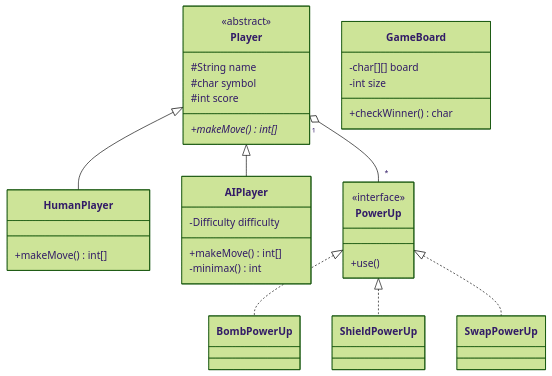
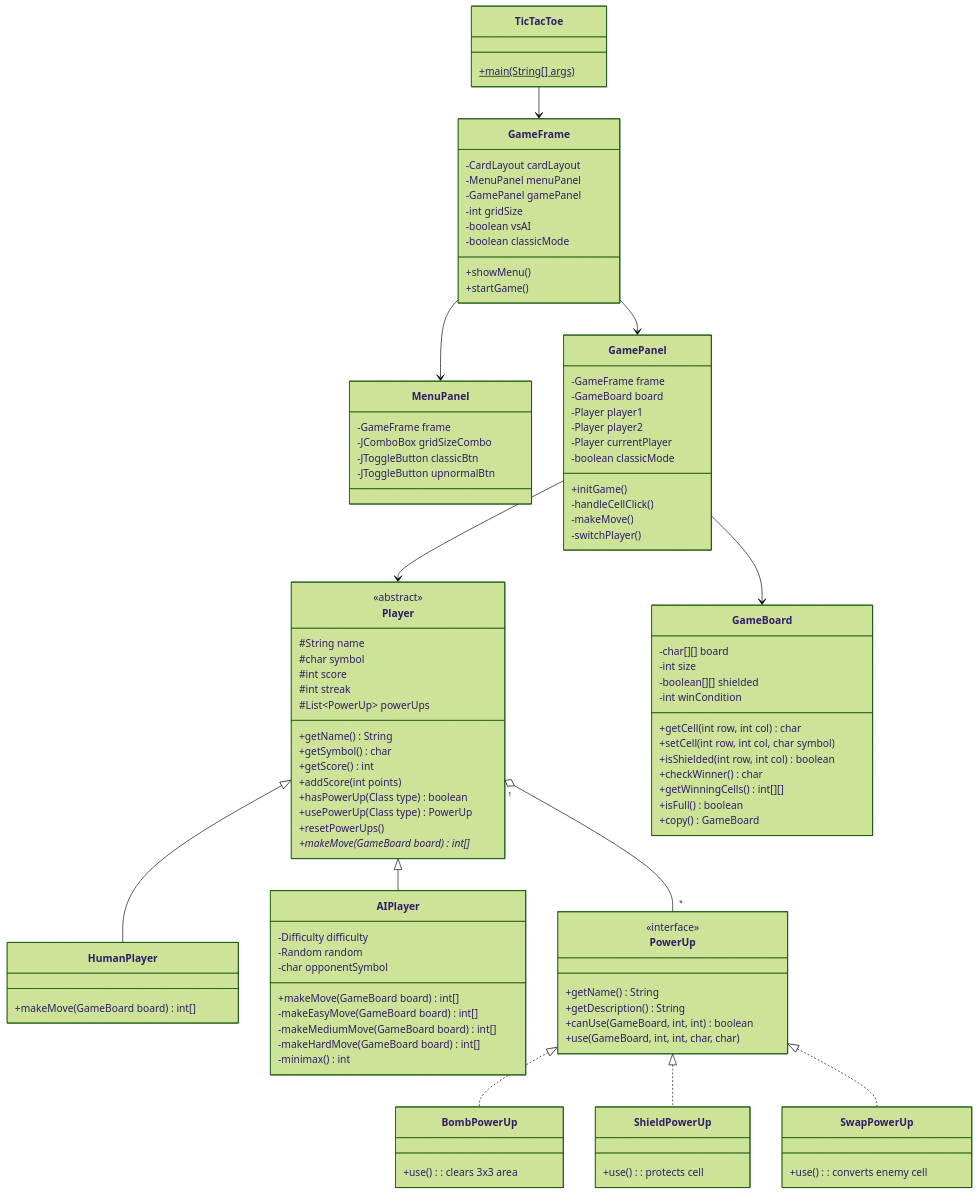
One commit to hilmanazhar/tictactoe changed the diagram in README.md. Above: the diagram before and after it, drawn with Mermaid (forest theme). The commit also changed other lines of this file, not shown here.

````diff
--- a/README.md
+++ b/README.md
@@ -151,33 +152,101 @@
         #String name
         #char symbol
         #int score
-        +makeMove()* int[]
+        #int streak
+        #List~PowerUp~ powerUps
+        +getName() String
+        +getSymbol() char
+        +getScore() int
+        +addScore(int points)
+        +hasPowerUp(Class type) boolean
+        +usePowerUp(Class type) PowerUp
+        +resetPowerUps()
+        +makeMove(GameBoard board)* int[]
     }
     
     class HumanPlayer {
-        +makeMove() int[]
+        +makeMove(GameBoard board) int[]
     }
     
     class AIPlayer {
         -Difficulty difficulty
-        +makeMove() int[]
+        -Random random
+        -char opponentSymbol
+        +makeMove(GameBoard board) int[]
+        -makeEasyMove(GameBoard board) int[]
+        -makeMediumMove(GameBoard board) int[]
+        -makeHardMove(GameBoard board) int[]
         -minimax() int
     }
     
     class GameBoard {
         -char[][] board
         -int size
+        -boolean[][] shielded
+        -int winCondition
+        +getCell(int row, int col) char
+        +setCell(int row, int col, char symbol)
+        +isShielded(int row, int col) boolean
         +checkWinner() char
+        +getWinningCells() int[][]
+        +isFull() boolean
+        +copy() GameBoard
     }
     
     class PowerUp {
         <<interface>>
-        +use()
+        +getName() String
+        +getDescription() String
+        +canUse(GameBoard, int, int) boolean
+        +use(GameBoard, int, int, char, char)
     }
     
-    class BombPowerUp
-    class ShieldPowerUp
-    class SwapPowerUp
+    class BombPowerUp {
+        +use() : clears 3x3 area
+    }
+    
+    class ShieldPowerUp {
+        +use() : protects cell
+    }
+    
+    class SwapPowerUp {
+        +use() : converts enemy cell
+    }
+    
+    class GameFrame {
+        -CardLayout cardLayout
+        -MenuPanel menuPanel
+        -GamePanel gamePanel
+        -int gridSize
+        -boolean vsAI
+        -boolean classicMode
+        +showMenu()
+        +startGame()
+    }
+    
+    class MenuPanel {
+        -GameFrame frame
+        -JComboBox gridSizeCombo
+        -JToggleButton classicBtn
+        -JToggleButton upnormalBtn
+    }
+    
+    class GamePanel {
+        -GameFrame frame
+        -GameBoard board
+        -Player player1
+        -Player player2
+        -Player currentPlayer
+        -boolean classicMode
+        +initGame()
+        -handleCellClick()
+        -makeMove()
+        -switchPlayer()
+    }
+    
+    class TicTacToe {
+        +main(String[] args)$
+    }
     
     Player <|-- HumanPlayer
     Player <|-- AIPlayer
@@ -185,4 +254,9 @@
     PowerUp <|.. ShieldPowerUp
     PowerUp <|.. SwapPowerUp
     Player "1" o-- "*" PowerUp
+    GamePanel --> GameBoard
+    GamePanel --> Player
+    GameFrame --> MenuPanel
+    GameFrame --> GamePanel
+    TicTacToe --> GameFrame
 ```
````
